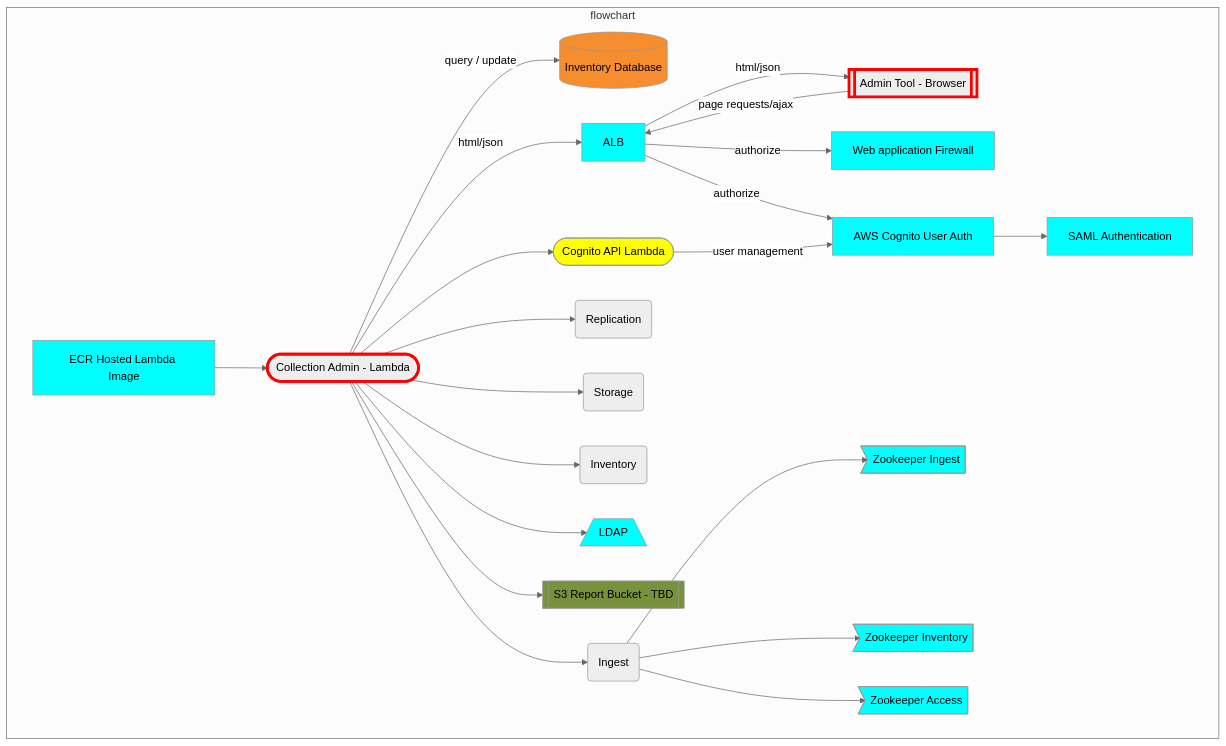
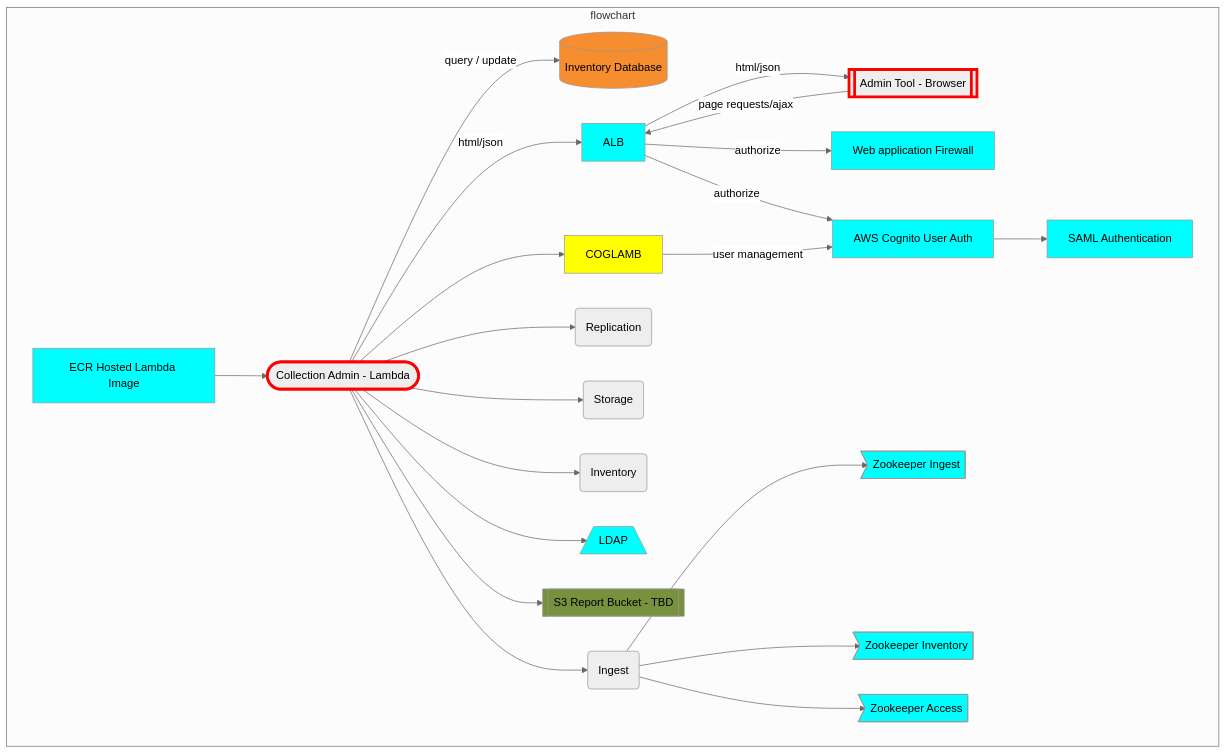
One commit to CDLUC3/mrt-admin-lambda changed the third of 3 diagrams in README.md. Above: the diagram before and after it, drawn with Mermaid. The commit also changed other lines of this file and 22 other files, not shown here.

Commit message:
elim cognito lambda

````diff
--- a/README.md
+++ b/README.md
@@ -71,63 +71,61 @@
 ```mermaid
 %%{init: {'theme': 'neutral', 'securityLevel': 'loose', 'themeVariables': {'fontFamily': 'arial'}}}%%
 graph TD
   RDSINV[(Inventory Database)]
   COLLADMIN([Collection Admin - Lambda])
   click COLLADMIN href "https://github.com/CDLUC3/mrt-admin-lambda" "source code"
   ADMINWEB[[Admin Tool - Browser]]
   click ADMINWEB href "https://github.com/CDLUC3/mrt-admin-lambda" "source code"
-  COGLAMB([Cognito API Lambda])
-  click COGLAMB href "https://github.com/CDLUC3/mrt-admin-lambda/cognito-lambda-nonvpc" "source code"
   WAF[Web application Firewall]
   COG[AWS Cognito User Auth]
   SAML[SAML Authentication]
   ECR[ECR Hosted Lambda Image]
   ING(Ingest)
   INV(Inventory)
   STORE(Storage)
   REP(Replication)
   click ING href "https://github.com/CDLUC3/mrt-ingest" "source code"
   ZOOING>Zookeeper Ingest]
   click ZOOING href "https://github.com/CDLUC3/mrt-zoo" "source code"
   LDAP[/LDAP\]
   ZOOINV>Zookeeper Inventory]
   ZOOACC>Zookeeper Access]
   S3RPT[[S3 Report Bucket - TBD]]
 
   subgraph flowchart
     COLLADMIN --> |"query / update"| RDSINV
     COLLADMIN --> |html/json| ALB
     ADMINWEB --> |page requests/ajax| ALB
     ALB --> |html/json| ADMINWEB
     ALB --> |authorize| WAF
     ALB --> |authorize| COG
     ECR --> COLLADMIN
     COLLADMIN --> ING
     COLLADMIN --> REP
     COLLADMIN --> STORE
     COLLADMIN --> INV
     COLLADMIN --> LDAP
     COLLADMIN --> S3RPT
     COLLADMIN --> COGLAMB
     COGLAMB --> |user management| COG
     COG --> SAML
     ING --> ZOOING
     ING --> ZOOINV
     ING --> ZOOACC
   end
   
   style RDSINV fill:#F68D2F
   style COLLADMIN stroke:red,stroke-width:4px
   style ADMINWEB stroke:red,stroke-width:4px
   style ALB fill:cyan
   style WAF fill:cyan
   style COG fill:cyan
   style ECR fill:cyan
   style ZOOING fill:cyan
   style ZOOINV fill:cyan
   style ZOOACC fill:cyan
   style LDAP fill:cyan
   style S3RPT fill:#77913C
   style SAML fill:cyan
   style COGLAMB fill:yellow
 ```
````
